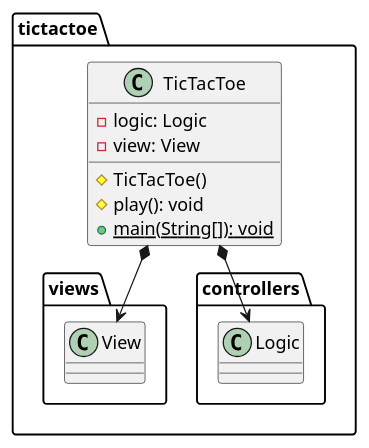
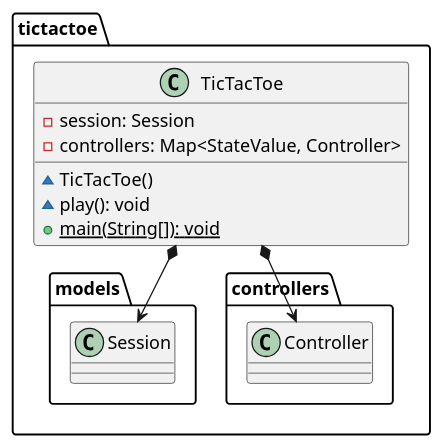
Before and after one commit to x-USantaTecla-game-ticTacToe/java: the second of 4 diagrams in docs/src/docs/asciidoc/index.adoc, drawn with PlantUML. The commit also changed other lines of this file and 69 other files, not shown here.

```diff
--- a/docs/src/docs/asciidoc/index.adoc
+++ b/docs/src/docs/asciidoc/index.adoc
@@ -65,14 +59,14 @@
-[plantuml,tictactoeVersion9,svg]
+[plantuml,tictactoeVersion15,svg]
 ....
 
 class  tictactoe.TicTacToe{
-- logic: Logic
-- view: View
-# TicTacToe()
-# play(): void
+- session: Session
+- controllers: Map<StateValue, Controller>
+~ TicTacToe()
+~ play(): void
 + {static} main(String[]): void
 }
-tictactoe.TicTacToe *-down-> tictactoe.views.View
-tictactoe.TicTacToe *-down-> tictactoe.controllers.Logic
+tictactoe.TicTacToe *-down-> tictactoe.models.Session
+tictactoe.TicTacToe *-down-> tictactoe.controllers.Controller
 
 ....
```
